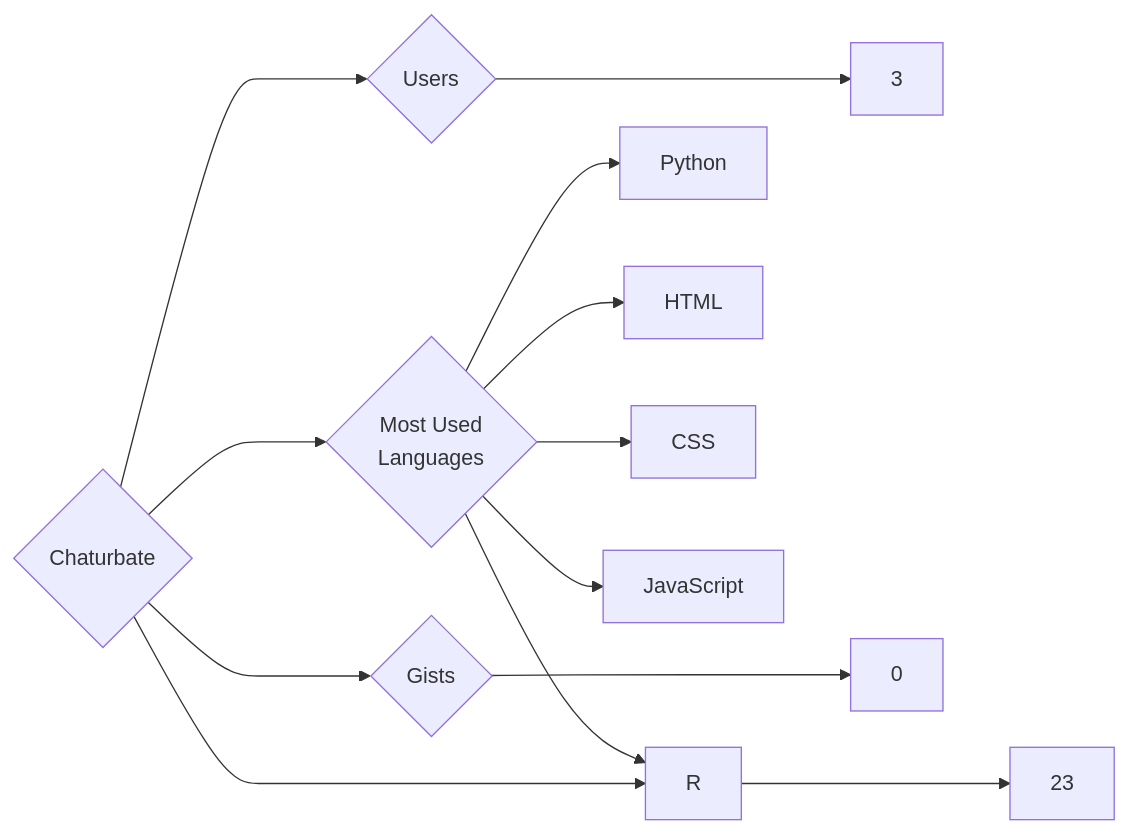
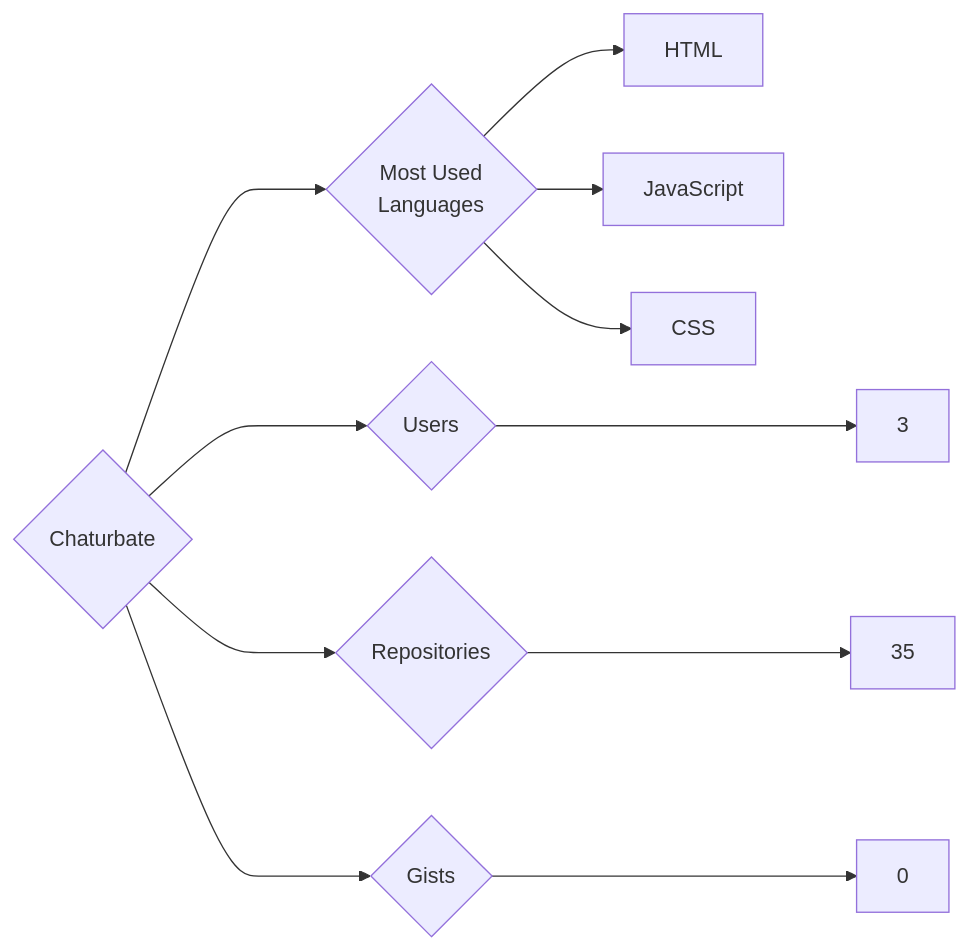
Before and after one commit to trickest/insiders: the diagram in targets/Chaturbate/README.md, drawn with Mermaid. The commit also changed 932 other files, not shown here.

````diff
--- a/targets/Chaturbate/README.md
+++ b/targets/Chaturbate/README.md
@@ -3,13 +3,11 @@
 ```mermaid
 graph LR
 COMPANY_NAME{Chaturbate}
 COMPANY_NAME ---> U{Users} ---> UN[3]
-COMPANY_NAME ---> R{Repositories} ---> RN[23]
+COMPANY_NAME ---> R{Repositories} ---> RN[35]
 COMPANY_NAME ---> G{Gists} ---> GN[0]
 COMPANY_NAME ---> ML{Most Used<br>Languages}
-ML --> Python[Python]
 ML --> HTML[HTML]
+ML --> JavaScript[JavaScript]
 ML --> CSS[CSS]
-ML --> R[R]
-ML --> JavaScript[JavaScript]
 ```
````
